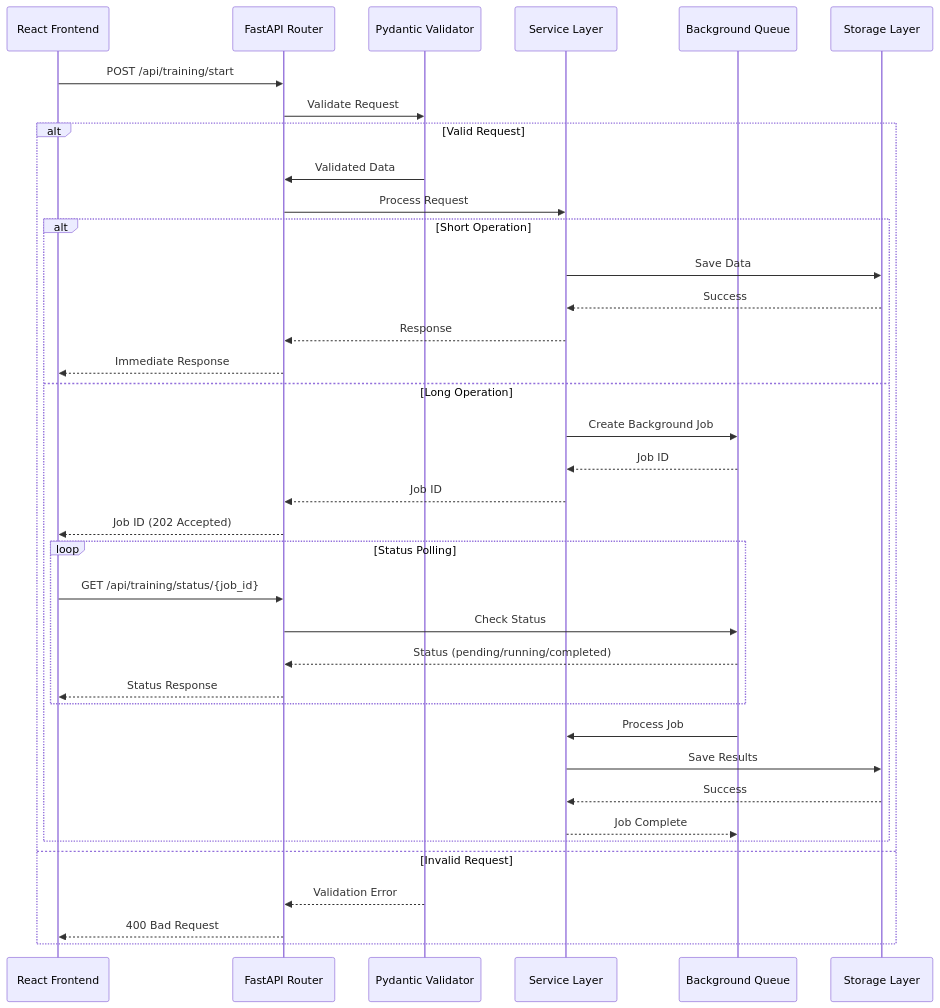
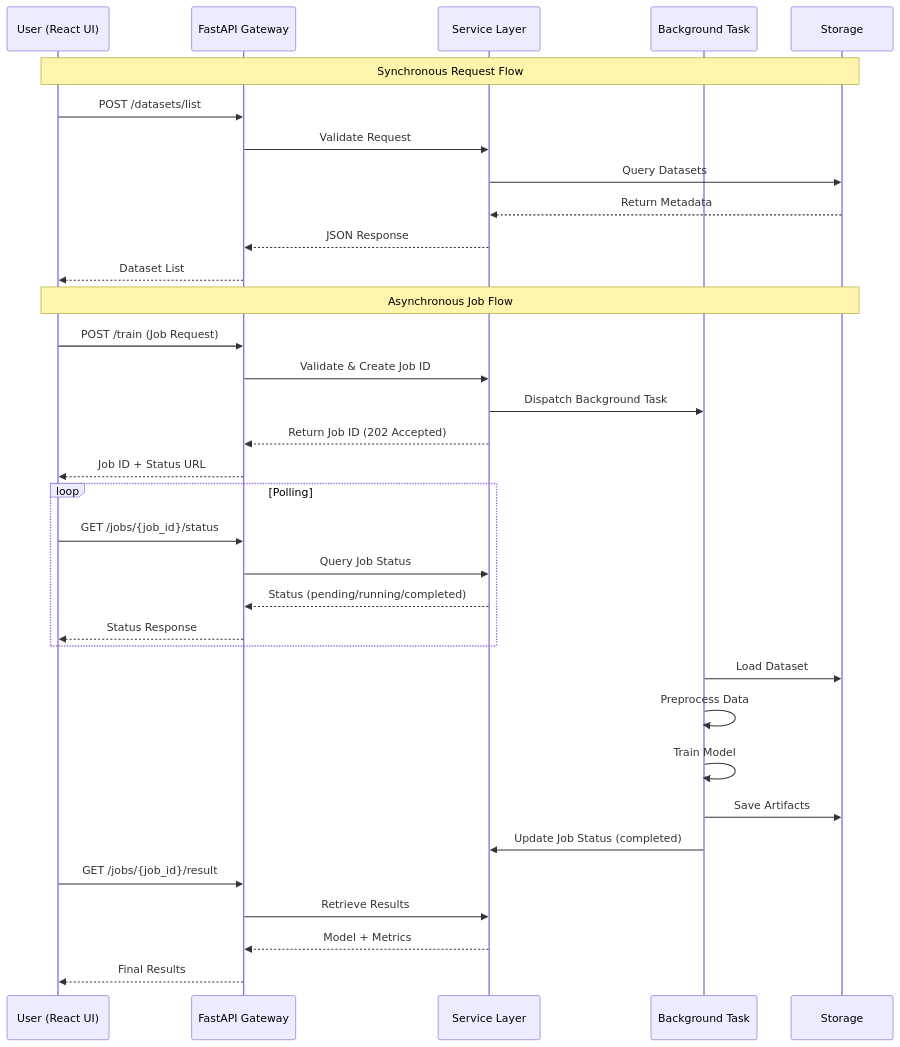
The third of 10 diagrams in docs/researchPaper/diagrams.md (anshul-dying/MODULUS), drawn with Mermaid before and after one commit. The commit also changed other lines of this file and 8 other files, not shown here.

````diff
--- a/docs/researchPaper/diagrams.md
+++ b/docs/researchPaper/diagrams.md
@@ -121,42 +121,41 @@
 ```mermaid
 sequenceDiagram
-    participant Client as React Frontend
-    participant Router as FastAPI Router
-    participant Validator as Pydantic Validator
-    participant Service as Service Layer
-    participant Queue as Background Queue
-    participant Storage as Storage Layer
-
-    Client->>Router: POST /api/training/start
-    Router->>Validator: Validate Request
-    alt Valid Request
-        Validator->>Router: Validated Data
-        Router->>Service: Process Request
-        alt Short Operation
-            Service->>Storage: Save Data
-            Storage-->>Service: Success
-            Service-->>Router: Response
-            Router-->>Client: Immediate Response
-        else Long Operation
-            Service->>Queue: Create Background Job
-            Queue-->>Service: Job ID
-            Service-->>Router: Job ID
-            Router-->>Client: Job ID (202 Accepted)
-
-            loop Status Polling
-                Client->>Router: GET /api/training/status/{job_id}
-                Router->>Queue: Check Status
-                Queue-->>Router: Status (pending/running/completed)
-                Router-->>Client: Status Response
-            end
-
-            Queue->>Service: Process Job
-            Service->>Storage: Save Results
-            Storage-->>Service: Success
-            Service-->>Queue: Job Complete
-        end
-    else Invalid Request
-        Validator-->>Router: Validation Error
-        Router-->>Client: 400 Bad Request
+    participant U as User (React UI)
+    participant API as FastAPI Gateway
+    participant SVC as Service Layer
+    participant BG as Background Task
+    participant ST as Storage
+    
+    Note over U,ST: Synchronous Request Flow
+    U->>API: POST /datasets/list
+    API->>SVC: Validate Request
+    SVC->>ST: Query Datasets
+    ST-->>SVC: Return Metadata
+    SVC-->>API: JSON Response
+    API-->>U: Dataset List
+    
+    Note over U,ST: Asynchronous Job Flow
+    U->>API: POST /train (Job Request)
+    API->>SVC: Validate & Create Job ID
+    SVC->>BG: Dispatch Background Task
+    SVC-->>API: Return Job ID (202 Accepted)
+    API-->>U: Job ID + Status URL
+    
+    loop Polling
+        U->>API: GET /jobs/{job_id}/status
+        API->>SVC: Query Job Status
+        SVC-->>API: Status (pending/running/completed)
+        API-->>U: Status Response
     end
+    
+    BG->>ST: Load Dataset
+    BG->>BG: Preprocess Data
+    BG->>BG: Train Model
+    BG->>ST: Save Artifacts
+    BG->>SVC: Update Job Status (completed)
+    
+    U->>API: GET /jobs/{job_id}/result
+    API->>SVC: Retrieve Results
+    SVC-->>API: Model + Metrics
+    API-->>U: Final Results
 ```
````
